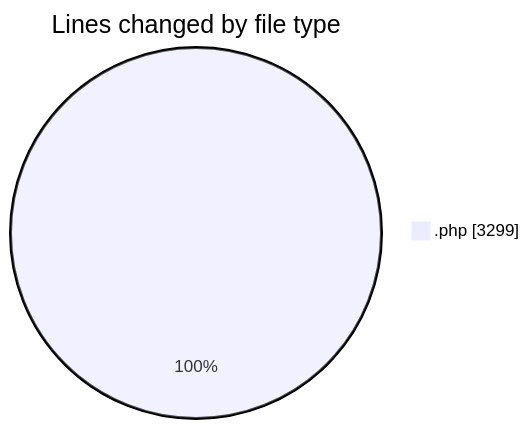
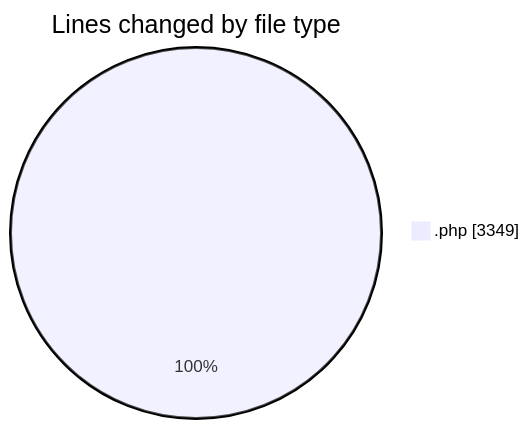
The first of 2 diagrams in 2025-10-03/untitled__workspace_/README.md (debugP/code-tracking), drawn with Mermaid before and after one commit. The commit also changed other lines of this file and 1 other file, not shown here.

````diff
--- a/2025-10-03/untitled__workspace_/README.md
+++ b/2025-10-03/untitled__workspace_/README.md
@@ -20,5 +20,5 @@
 ```mermaid
 pie showData
 title Lines changed by file type
-".php" : 3299
+".php" : 3349
 ```
````
